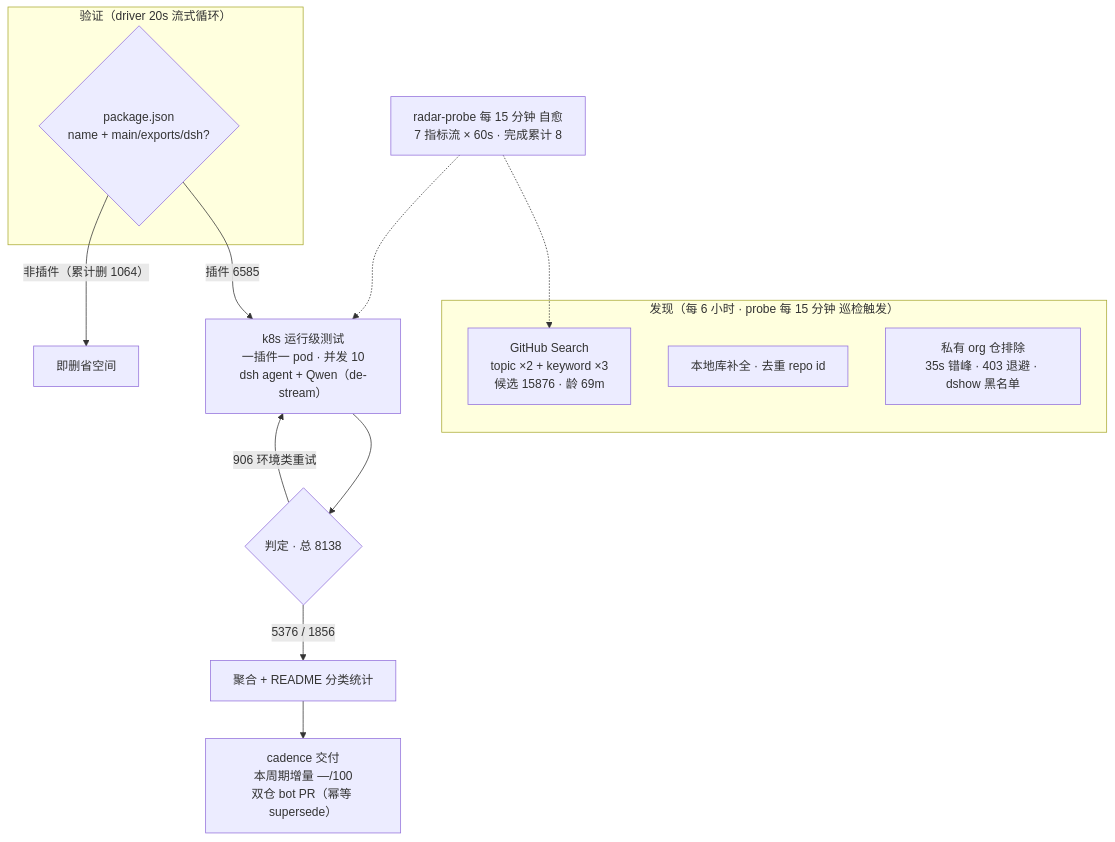
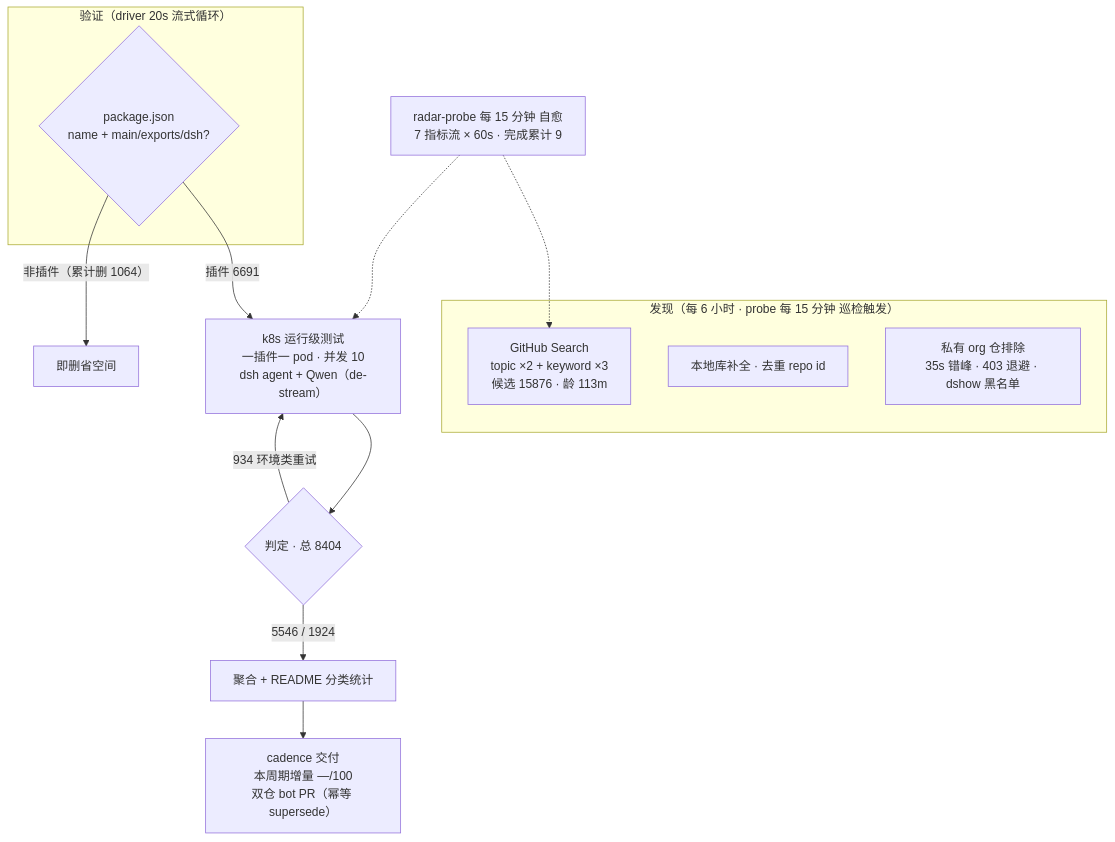
One commit to AdamPlatin123/awesome-dsh-plugins changed the diagram in README.md. Above: the diagram before and after it, drawn with Mermaid. The commit also changed other lines of this file and 4 other files, not shown here.

````diff
--- a/README.md
+++ b/README.md
@@ -37,20 +37,20 @@
 ```mermaid
 flowchart TB
     subgraph Discovery["发现（每 6 小时 · probe 每 15 分钟 巡检触发）"]
-        A1["GitHub Search<br/>topic ×2 + keyword ×3<br/>候选 15876 · 龄 69m"]
+        A1["GitHub Search<br/>topic ×2 + keyword ×3<br/>候选 15876 · 龄 113m"]
         A2["本地库补全 · 去重 repo id"]
         A3["私有 org 仓排除<br/>35s 错峰 · 403 退避 · dshow 黑名单"]
     end
     subgraph Validation["验证（driver 20s 流式循环）"]
         B1{"package.json<br/>name + main/exports/dsh?"}
     end
-    B1 -->|"插件 6585"| C1["k8s 运行级测试<br/>一插件一 pod · 并发 10<br/>dsh agent + Qwen（de-stream）"]
+    B1 -->|"插件 6691"| C1["k8s 运行级测试<br/>一插件一 pod · 并发 10<br/>dsh agent + Qwen（de-stream）"]
     B1 -->|"非插件（累计删 1064）"| B3["即删省空间"]
-    C1 --> D1{"判定 · 总 8138"}
-    D1 -->|"5376 / 1856"| E1["聚合 + README 分类统计"]
-    D1 -->|"906 环境类重试"| C1
+    C1 --> D1{"判定 · 总 8404"}
+    D1 -->|"5546 / 1924"| E1["聚合 + README 分类统计"]
+    D1 -->|"934 环境类重试"| C1
     E1 --> E2["cadence 交付<br/>本周期增量 —/100<br/>双仓 bot PR（幂等 supersede）"]
-    M["radar-probe 每 15 分钟 自愈<br/>7 指标流 × 60s · 完成累计 8"]
+    M["radar-probe 每 15 分钟 自愈<br/>7 指标流 × 60s · 完成累计 9"]
     M -.-> A1
     M -.-> C1
 ```
````
